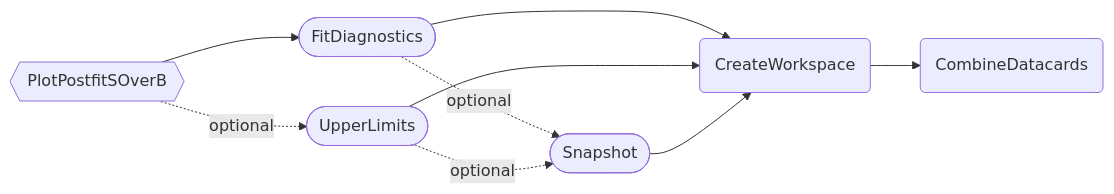
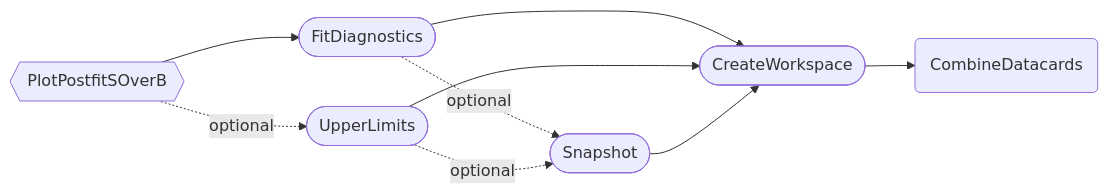
Before and after one commit to cms-hh/inference_tools: the first of 2 diagrams in docs/content/tasks/postfit.md, drawn with Mermaid. The commit also changed other lines of this file and 8 other files, not shown here.

````diff
--- a/docs/content/tasks/postfit.md
+++ b/docs/content/tasks/postfit.md
@@ -28,11 +28,11 @@
 ```mermaid
     graph LR;
     A{{PlotPostfitSOverB}} --> B([FitDiagnostics]);
     A -. optional .-> C([UpperLimits]);
-    B --> D(CreateWorkspace);
+    B --> D([CreateWorkspace]);
     C --> D;
     D --> E(CombineDatacards);
     B -. optional .-> F([Snapshot]);
     C -. optional .-> F;
     F --> D;
 ```
````
